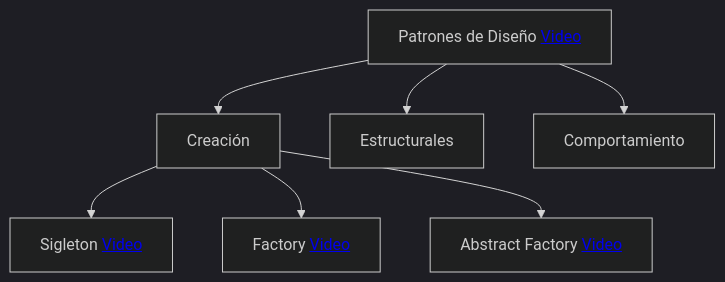
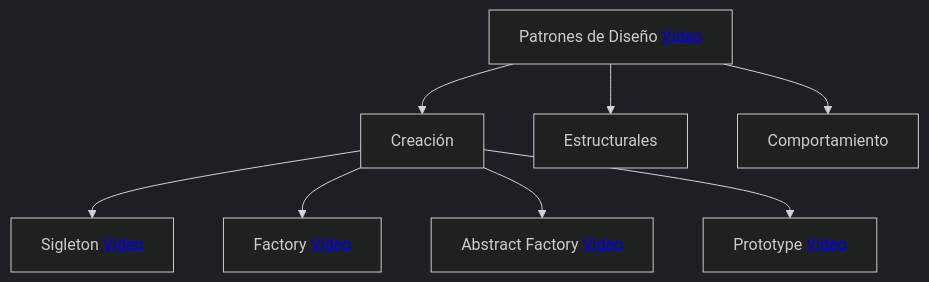
The diagram in Readme.md (crodrigr/arquitectura-software), drawn with Mermaid (dark theme) before and after one commit.

````diff
--- a/Readme.md
+++ b/Readme.md
@@ -95,10 +95,12 @@
 ```mermaid
 flowchart TD
     A[Patrones de Diseño <a href='https://www.youtube.com/watch?v=cwfuydUHZ7o&list=PLvimn1Ins-41Uiugt1WbpyFo1XT1WOquL&index=1'>Video</a>] --> B[Creación]
     A -->C[Estructurales]
     A -->D[Comportamiento]
     B -->E[Sigleton <a href='https://www.youtube.com/watch?v=gocJeOHtj9w&list=PLvimn1Ins-41Uiugt1WbpyFo1XT1WOquL&index=2'>Video</a>] 
     B -->F[Factory  <a href='https://www.youtube.com/watch?v=R6Ef64hDwGo&list=PLvimn1Ins-41Uiugt1WbpyFo1XT1WOquL&index=3'>Video</a>]
     B -->G[Abstract Factory <a href='https://www.youtube.com/watch?v=QmE-o5R7ZF4&list=PLvimn1Ins-41Uiugt1WbpyFo1XT1WOquL&index=4'>Video</a>]
+    B -->H[Prototype <a href='https://www.youtube.com/watch?v=M3VT1v54cq4&list=PLvimn1Ins-41Uiugt1WbpyFo1XT1WOquL&index=5'>Video</a>]
+    
     
 ```
````
